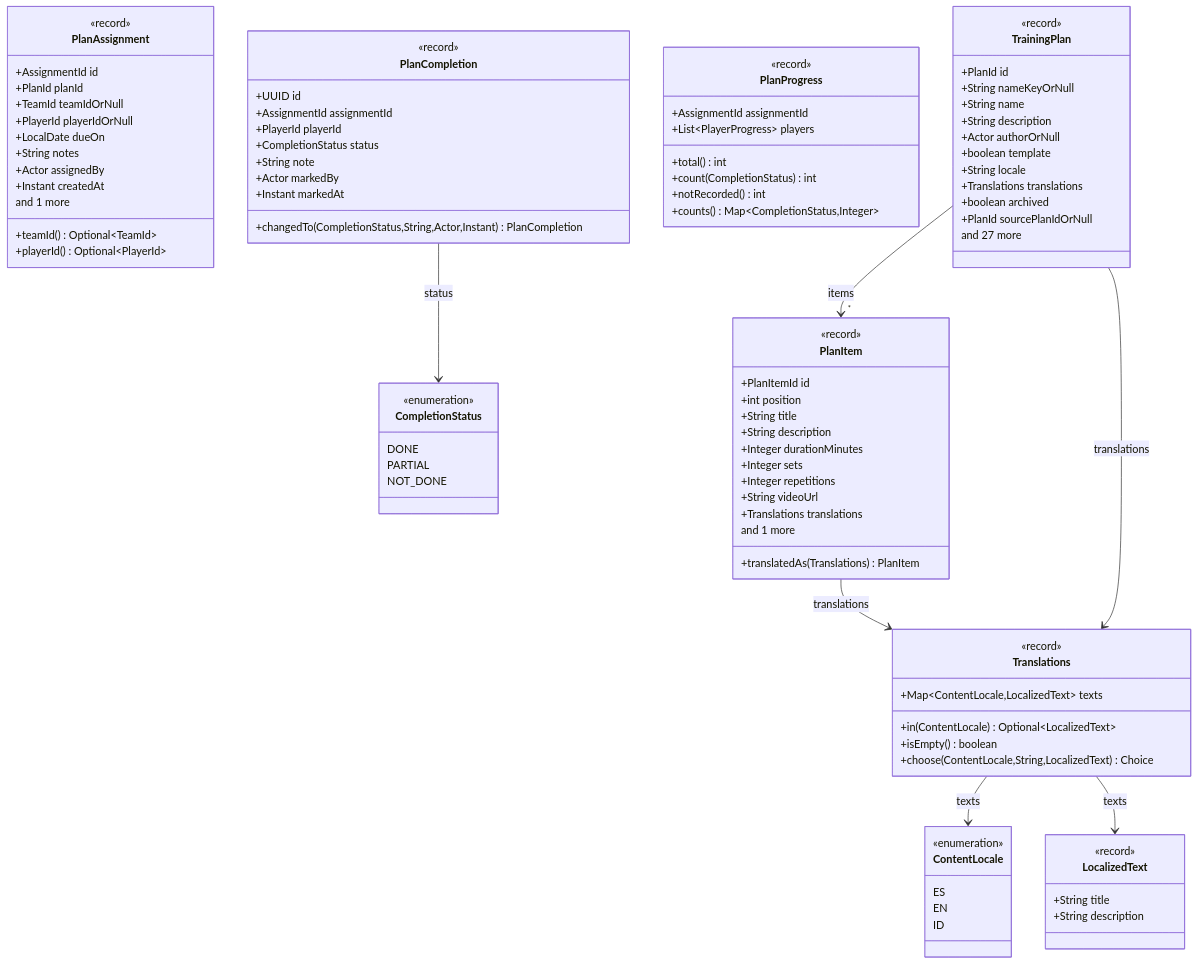
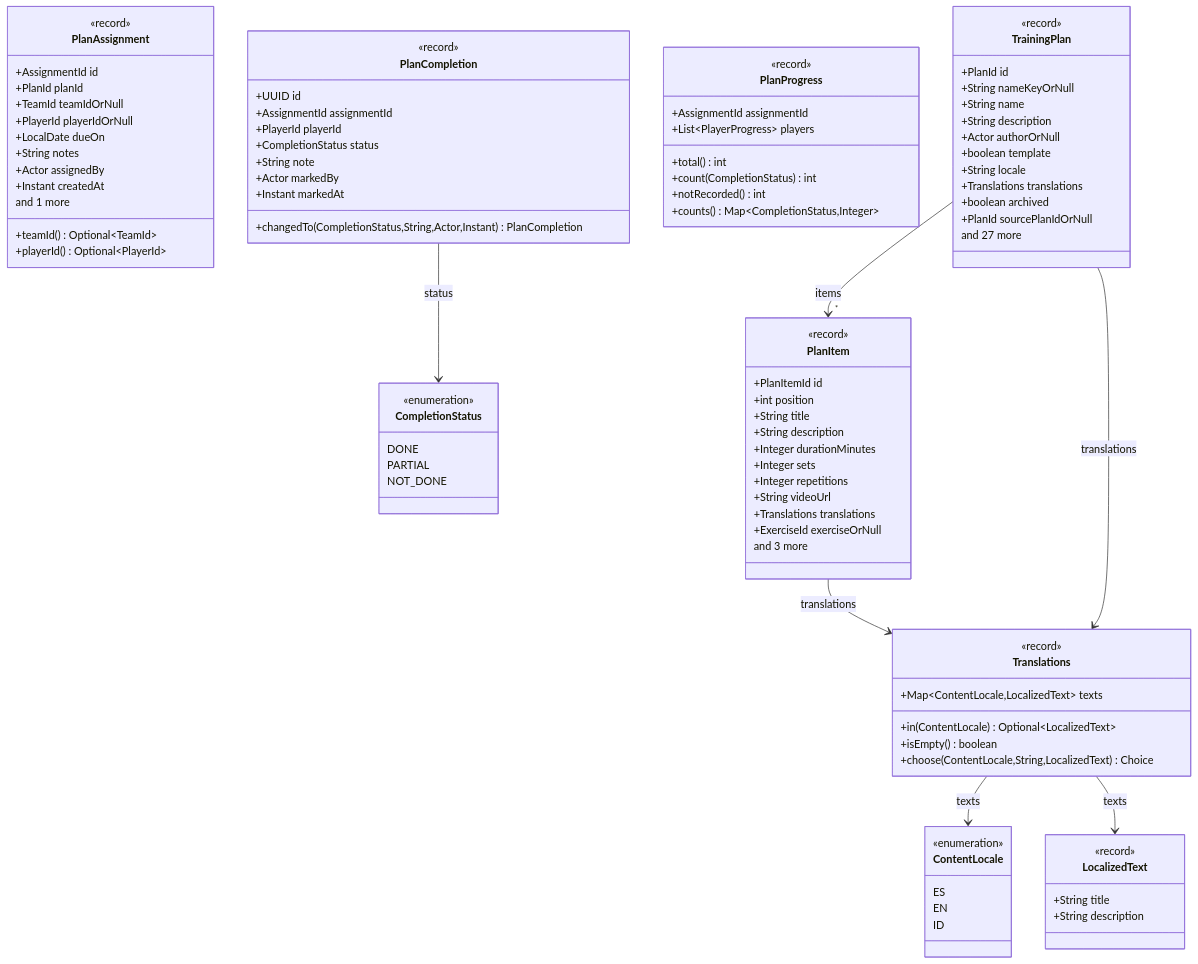
The fourth of 13 diagrams in docs/domain/athlete-model.md (davidbejar/hoops-academy), drawn with Mermaid before and after one commit. The commit also changed other lines of this file and 1 other file, not shown here.

Commit message:
docs(domain): model diagrams regenerated on the combined tree (WP91, WP92)

```diff
--- a/docs/domain/athlete-model.md
+++ b/docs/domain/athlete-model.md
@@ -389,8 +408,8 @@
         +Integer repetitions
         +String videoUrl
         +Translations translations
-        +translatedAs(Translations) PlanItem
-        and 1 more
+        +ExerciseId exerciseOrNull
+        and 3 more
     }
     class PlanProgress {
         <<record>>
```
